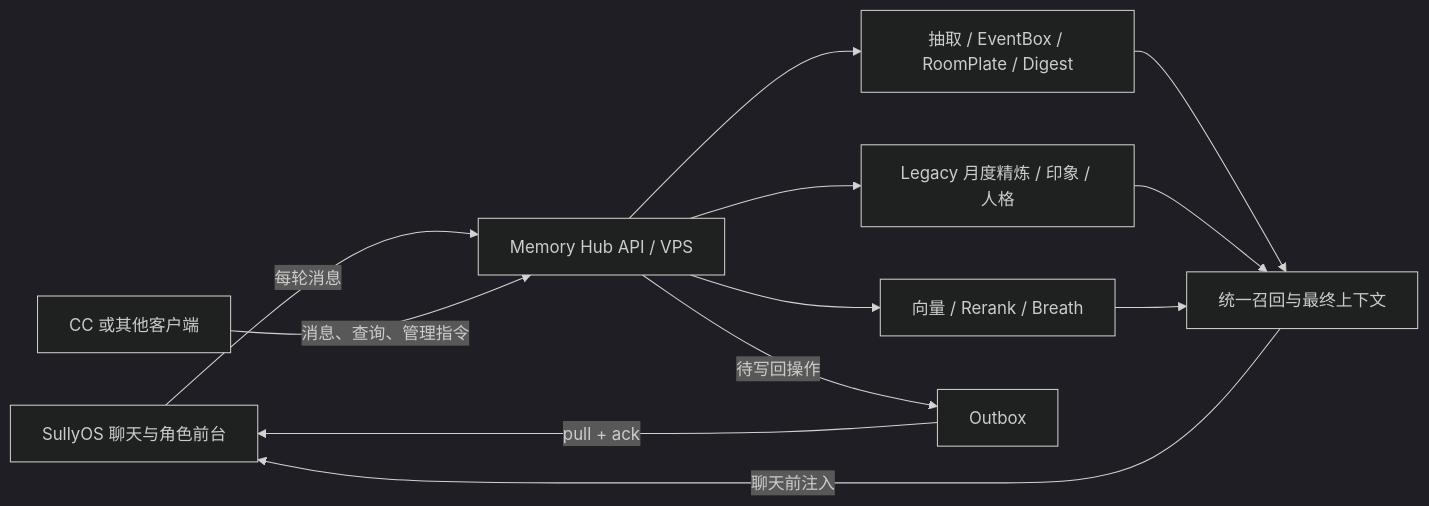
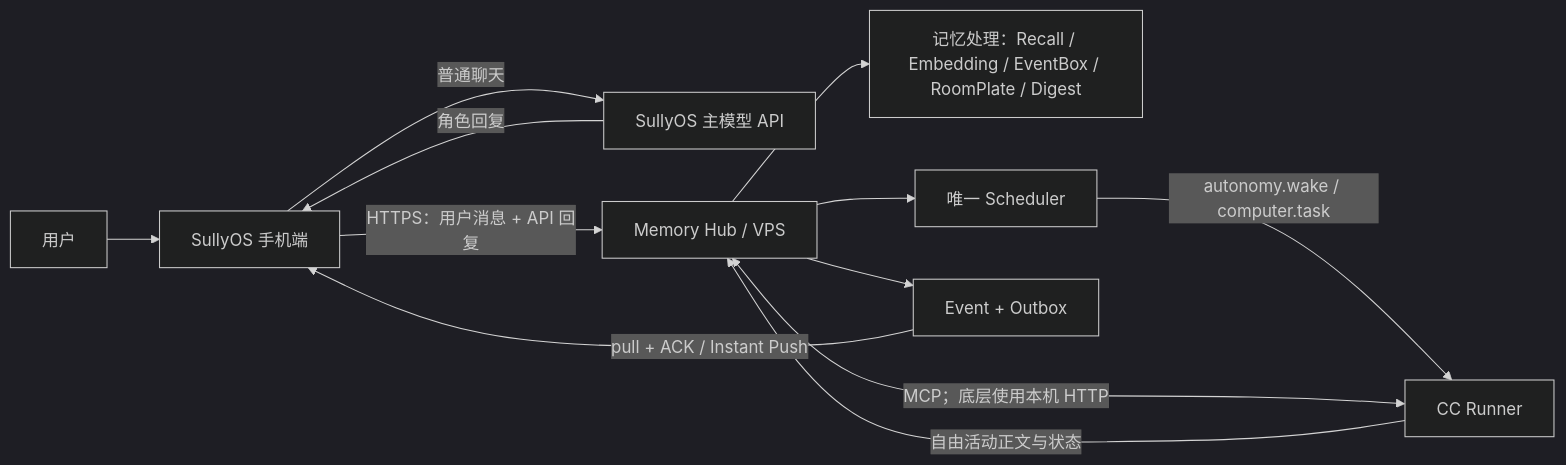
One commit to Silis-Aliya/Sully-Plus-memory changed the diagram in README.md. Above: the diagram before and after it, drawn with Mermaid (dark theme). The commit also changed other lines of this file and 1 other file, not shown here.

Commit message:
docs: document Hub bridges and deployment status

````diff
--- a/README.md
+++ b/README.md
@@ -38,14 +48,14 @@
 ```mermaid
 flowchart LR
-    S["SullyOS 聊天与角色前台"] -->|每轮消息| H["Memory Hub API / VPS"]
-    C["CC 或其他客户端"] -->|消息、查询、管理指令| H
-    H --> P["抽取 / EventBox / RoomPlate / Digest"]
-    H --> L["Legacy 月度精炼 / 印象 / 人格"]
-    H --> V["向量 / Rerank / Breath"]
-    P --> R["统一召回与最终上下文"]
-    L --> R
-    V --> R
-    R -->|聊天前注入| S
-    H -->|待写回操作| O["Outbox"]
-    O -->|pull + ack| S
+    U["用户"] --> S["SullyOS 手机端"]
+    S -->|普通聊天| A["SullyOS 主模型 API"]
+    A -->|角色回复| S
+    S -->|HTTPS：用户消息 + API 回复| H["Memory Hub / VPS"]
+    H --> M["记忆处理：Recall / Embedding / EventBox / RoomPlate / Digest"]
+    H --> J["唯一 Scheduler"]
+    J -->|autonomy.wake / computer.task| R["CC Runner"]
+    R <-->|MCP；底层使用本机 HTTP| H
+    R -->|自由活动正文与状态| H
+    H --> O["Event + Outbox"]
+    O -->|pull + ACK / Instant Push| S
 ```
````
